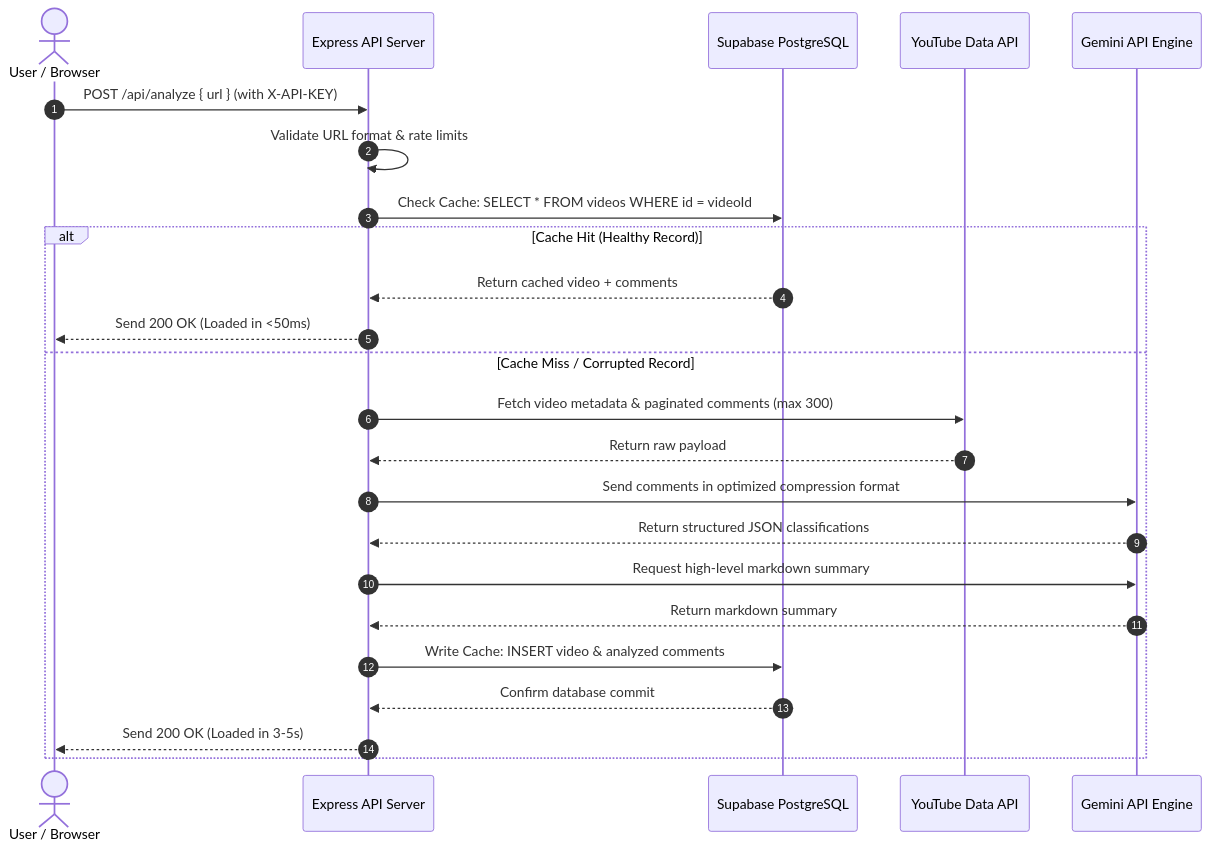
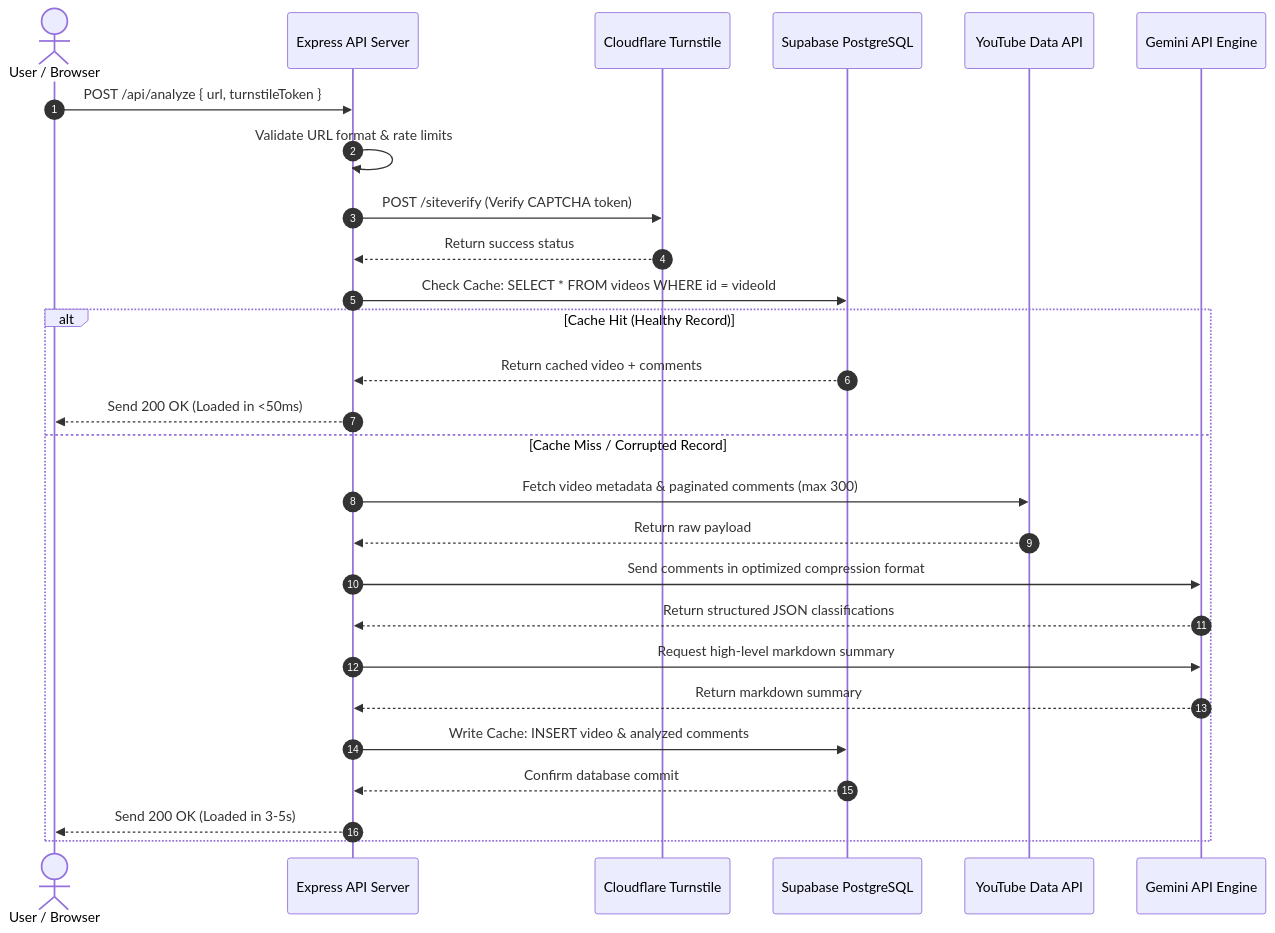
Before and after one commit to amanrock1/voxtube: the diagram in README.md, drawn with Mermaid. The commit also changed other lines of this file, not shown here.

Commit message:
Update README Mermaid diagrams and Env variables for Turnstile CAPTCHA

````diff
--- a/README.md
+++ b/README.md
@@ -97,27 +97,30 @@
 ```mermaid
 sequenceDiagram
     autonumber
     actor Creator as User / Browser
     participant API as Express API Server
+    participant CF as Cloudflare Turnstile
     participant DB as Supabase PostgreSQL
     participant YT as YouTube Data API
     participant AI as Gemini API Engine
 
-    Creator->>API: POST /api/analyze { url } (with X-API-KEY)
+    Creator->>API: POST /api/analyze { url, turnstileToken }
     API->>API: Validate URL format & rate limits
+    API->>CF: POST /siteverify (Verify CAPTCHA token)
+    CF-->>API: Return success status
     API->>DB: Check Cache: SELECT * FROM videos WHERE id = videoId
     alt Cache Hit (Healthy Record)
         DB-->>API: Return cached video + comments
         API-->>Creator: Send 200 OK (Loaded in <50ms)
     else Cache Miss / Corrupted Record
         API->>YT: Fetch video metadata & paginated comments (max 300)
         YT-->>API: Return raw payload
         API->>AI: Send comments in optimized compression format
         AI-->>API: Return structured JSON classifications
         API->>AI: Request high-level markdown summary
         AI-->>API: Return markdown summary
         API->>DB: Write Cache: INSERT video & analyzed comments
         DB-->>API: Confirm database commit
         API-->>Creator: Send 200 OK (Loaded in 3-5s)
     end
 ```
````
